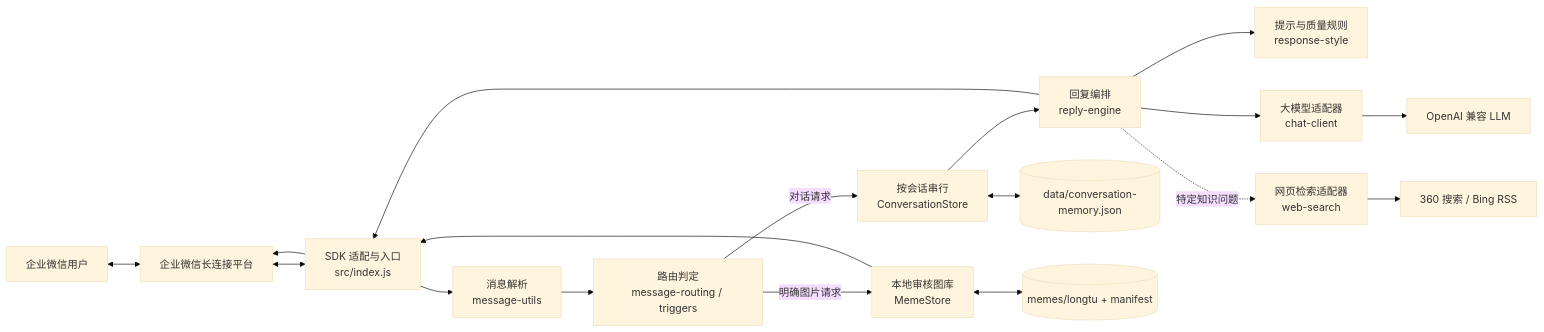
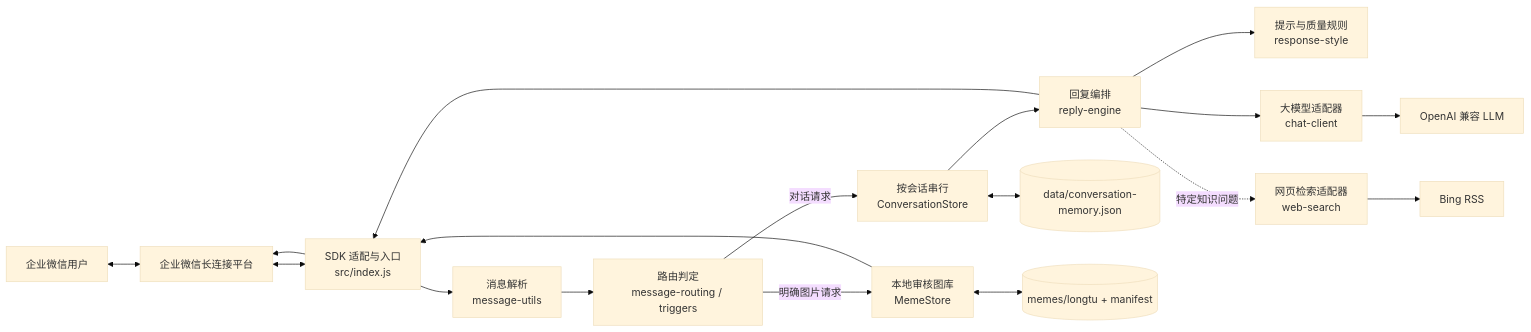
Before and after one commit to Sakamoto18/wecom-meme-bot: the first of 2 diagrams in docs/node-service-architecture-and-learning-guide.md, drawn with Mermaid (base theme). The commit also changed other lines of this file and 11 other files, not shown here.

````diff
--- a/docs/node-service-architecture-and-learning-guide.md
+++ b/docs/node-service-architecture-and-learning-guide.md
@@ -53,23 +53,23 @@
 ```mermaid
 flowchart LR
     U[企业微信用户] <--> W[企业微信长连接平台]
     W <--> A[SDK 适配与入口<br/>src/index.js]
 
     A --> B[消息解析<br/>message-utils]
     B --> C[路由判定<br/>message-routing / triggers]
 
     C -->|明确图片请求| D[本地审核图库<br/>MemeStore]
     C -->|对话请求| E[按会话串行<br/>ConversationStore]
     E --> F[回复编排<br/>reply-engine]
     F --> G[提示与质量规则<br/>response-style]
     F --> H[大模型适配器<br/>chat-client]
     F -.特定知识问题.-> I[网页检索适配器<br/>web-search]
 
     H --> L[OpenAI 兼容 LLM]
-    I --> S[360 搜索 / Bing RSS]
+    I --> S[Bing RSS]
     E <--> P[(data/conversation-memory.json)]
     D <--> M[(memes/longtu + manifest)]
     D --> A
     F --> A
     A --> W
 ```
````
